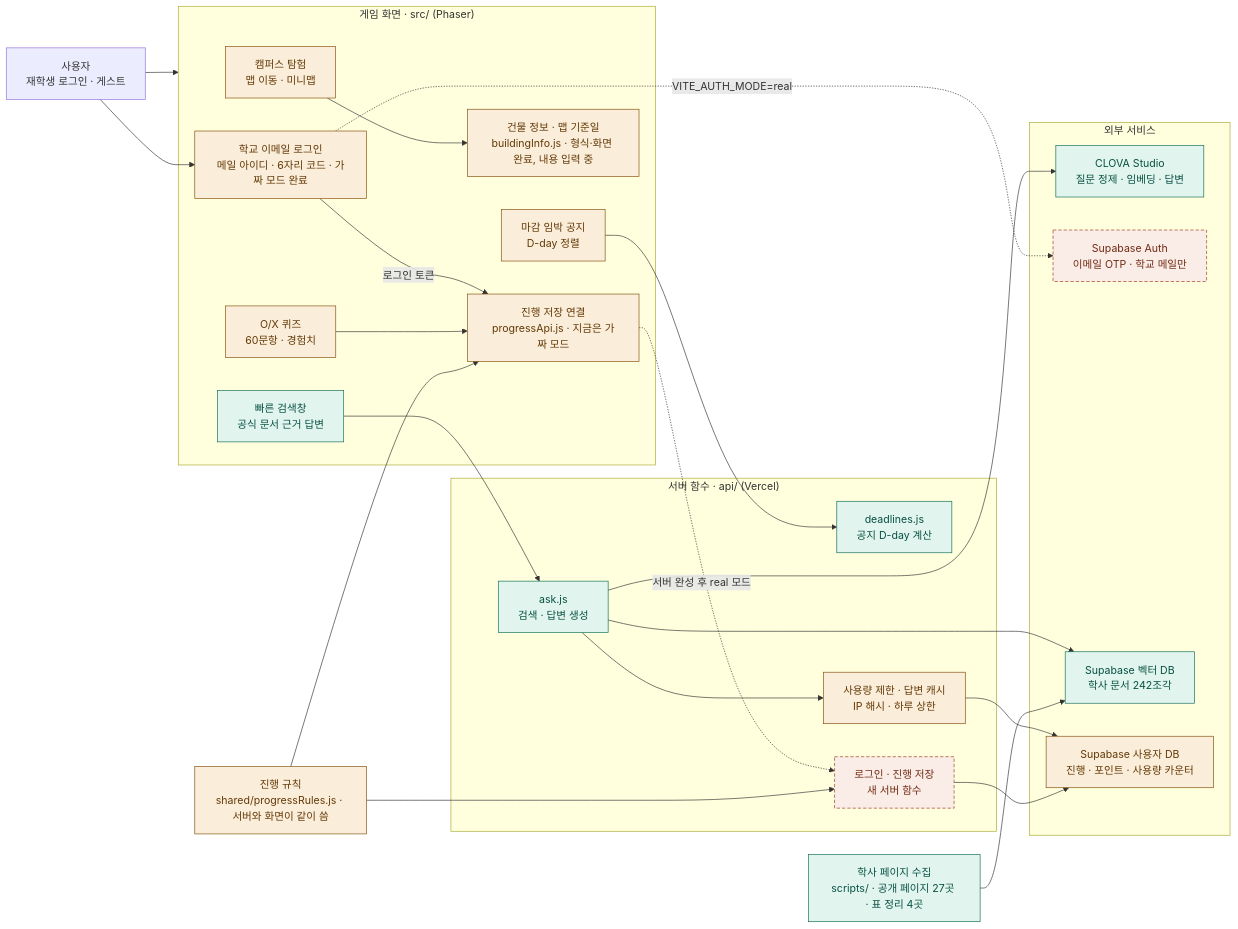
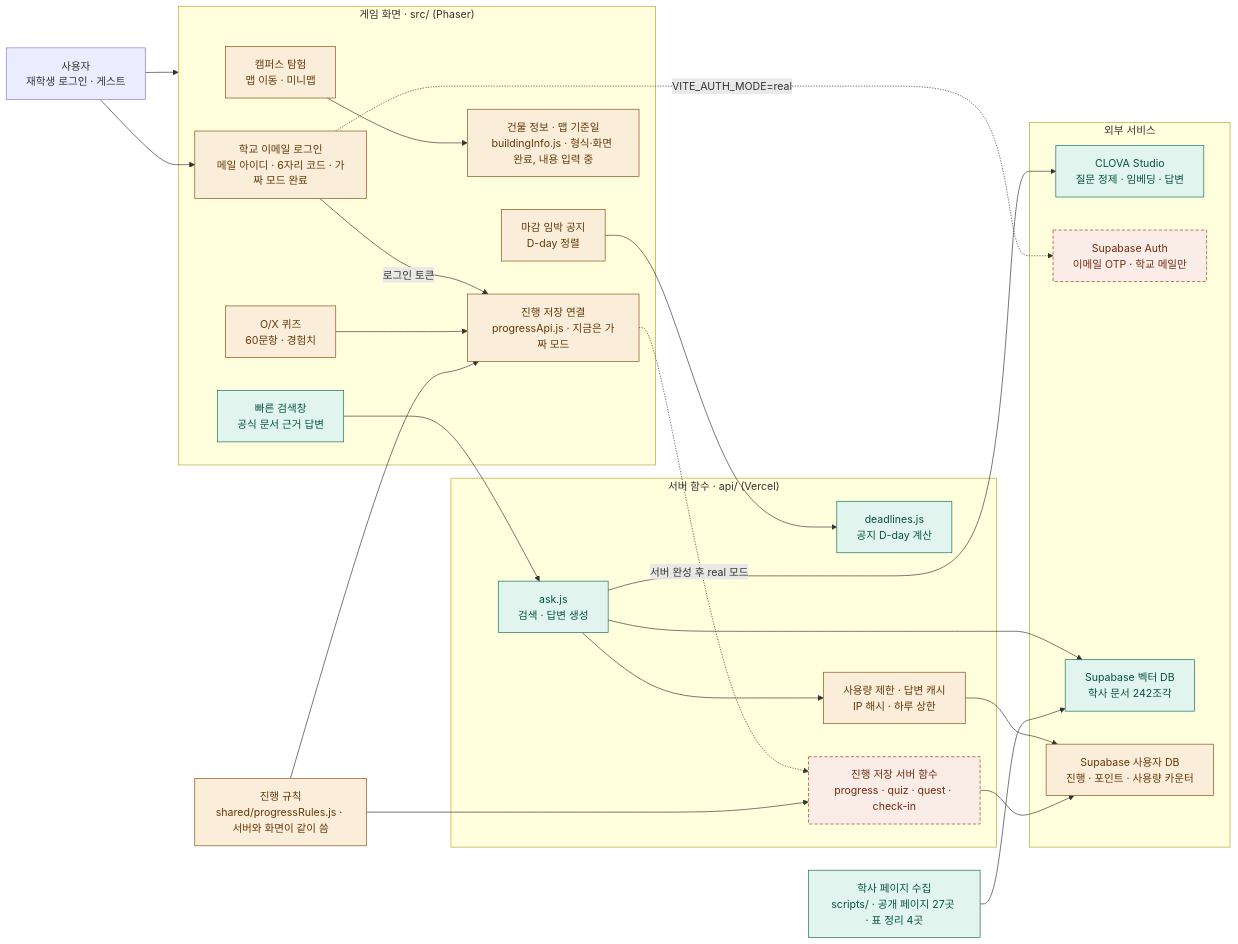
The diagram in docs/ARCHITECTURE.md (202502859-source/hufs-quest), drawn with Mermaid before and after one commit. The commit also changed other lines of this file and 8 other files, not shown here.

````diff
--- a/docs/ARCHITECTURE.md
+++ b/docs/ARCHITECTURE.md
@@ -8,58 +8,58 @@
 ```mermaid
 flowchart LR
     user["사용자<br/>재학생 로그인 · 게스트"]
 
     subgraph game["게임 화면 · src/ (Phaser)"]
         explore["캠퍼스 탐험<br/>맵 이동 · 미니맵"]
         search["빠른 검색창<br/>공식 문서 근거 답변"]
         quiz["O/X 퀴즈<br/>60문항 · 경험치"]
         notice["마감 임박 공지<br/>D-day 정렬"]
         mapInfo["건물 정보 · 맵 기준일<br/>buildingInfo.js · 형식·화면 완료, 내용 입력 중"]
         progress["진행 저장 연결<br/>progressApi.js · 지금은 가짜 모드"]
         login["학교 이메일 로그인<br/>메일 아이디 · 6자리 코드 · 가짜 모드 완료"]
     end
 
     rules["진행 규칙<br/>shared/progressRules.js · 서버와 화면이 같이 씀"]
 
     subgraph server["서버 함수 · api/ (Vercel)"]
         ask["ask.js<br/>검색 · 답변 생성"]
         deadlines["deadlines.js<br/>공지 D-day 계산"]
-        newApi["로그인 · 진행 저장<br/>새 서버 함수"]
+        newApi["진행 저장 서버 함수<br/>progress · quiz · quest · check-in"]
         limiter["사용량 제한 · 답변 캐시<br/>IP 해시 · 하루 상한"]
     end
 
     subgraph external["외부 서비스"]
         clova["CLOVA Studio<br/>질문 정제 · 임베딩 · 답변"]
         supaAuth["Supabase Auth<br/>이메일 OTP · 학교 메일만"]
         vector["Supabase 벡터 DB<br/>학사 문서 242조각"]
         userDb["Supabase 사용자 DB<br/>진행 · 포인트 · 사용량 카운터"]
     end
 
     collect["학사 페이지 수집<br/>scripts/ · 공개 페이지 27곳 · 표 정리 4곳"]
 
     user --> game
     user --> login
     login -.->|"VITE_AUTH_MODE=real"| supaAuth
     login -->|"로그인 토큰"| progress
     search --> ask
     notice --> deadlines
     quiz --> progress
     progress -.->|"서버 완성 후 real 모드"| newApi
     rules --> progress
     rules --> newApi
     explore --> mapInfo
     ask --> limiter
     limiter --> userDb
     ask --> clova
     ask --> vector
     newApi --> userDb
     collect --> vector
 
     classDef done fill:#E1F5EE,stroke:#0F6E56,color:#085041
     classDef partial fill:#FAEEDA,stroke:#854F0B,color:#633806
     classDef todo fill:#FAECE7,stroke:#993C1D,color:#712B13,stroke-dasharray:5 3
 
     class search,ask,deadlines,clova,vector,collect done
-    class explore,quiz,notice,progress,rules,userDb,login,limiter,mapInfo partial
+    class explore,quiz,notice,progress,rules,userDb,login,limiter,mapInfo,newApi partial
     class newApi,supaAuth todo
 ```
````
